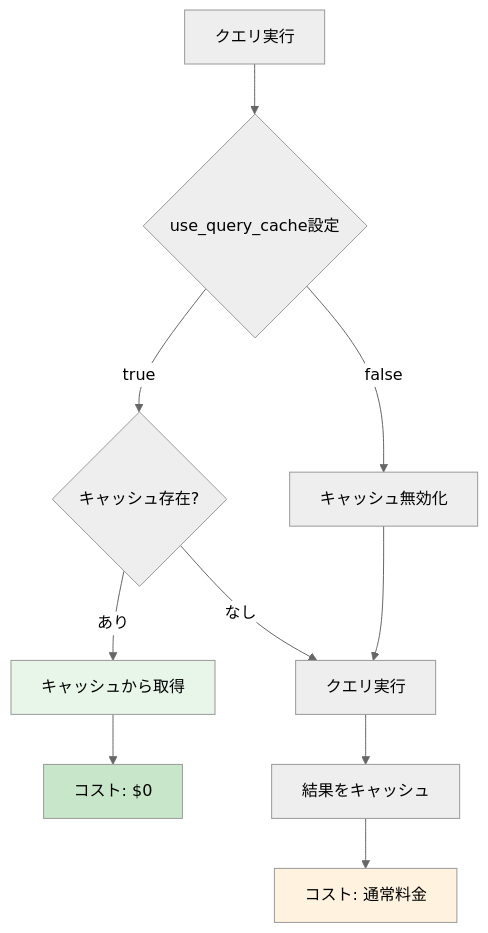
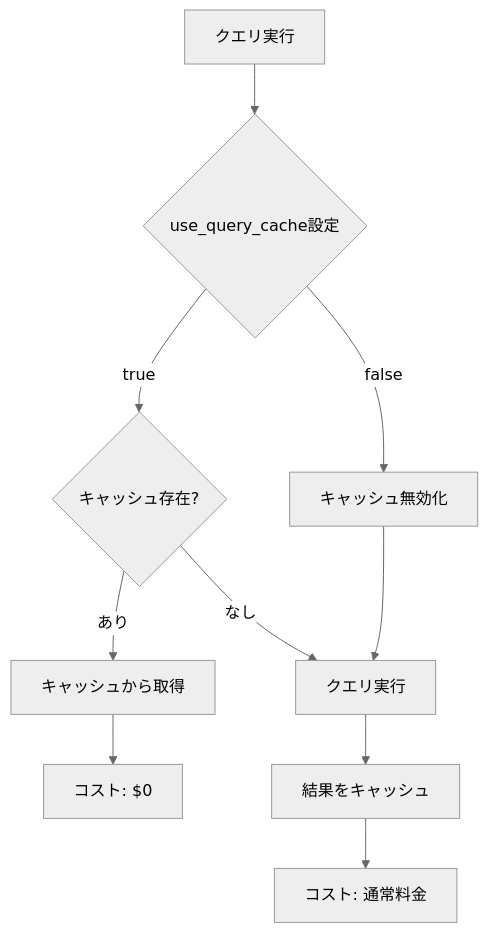
The fifth of 12 diagrams in content/Tech/dbt/categories/performance-optimization.md (1210yuichi0/1210yuichi0.github.io), drawn with Mermaid (neutral theme) before and after one commit. The commit also changed other lines of this file and 22 other files, not shown here.

First line of the commit message:
style: remove Mermaid style directives for dark mode compatibility

````diff
--- a/content/Tech/dbt/categories/performance-optimization.md
+++ b/content/Tech/dbt/categories/performance-optimization.md
@@ -428,19 +415,16 @@
 ```mermaid
 flowchart TD
     A[クエリ実行] --> B{use_query_cache設定}
     B -->|true| C{キャッシュ存在?}
     B -->|false| D[キャッシュ無効化]
 
     C -->|あり| E[キャッシュから取得]
     C -->|なし| F[クエリ実行]
 
     D --> F
     F --> G[結果をキャッシュ]
 
     E --> H[コスト: $0]
     G --> I[コスト: 通常料金]
 
-    style E fill:#e8f5e9
-    style H fill:#c8e6c9
-    style I fill:#fff3e0
 ```
````
